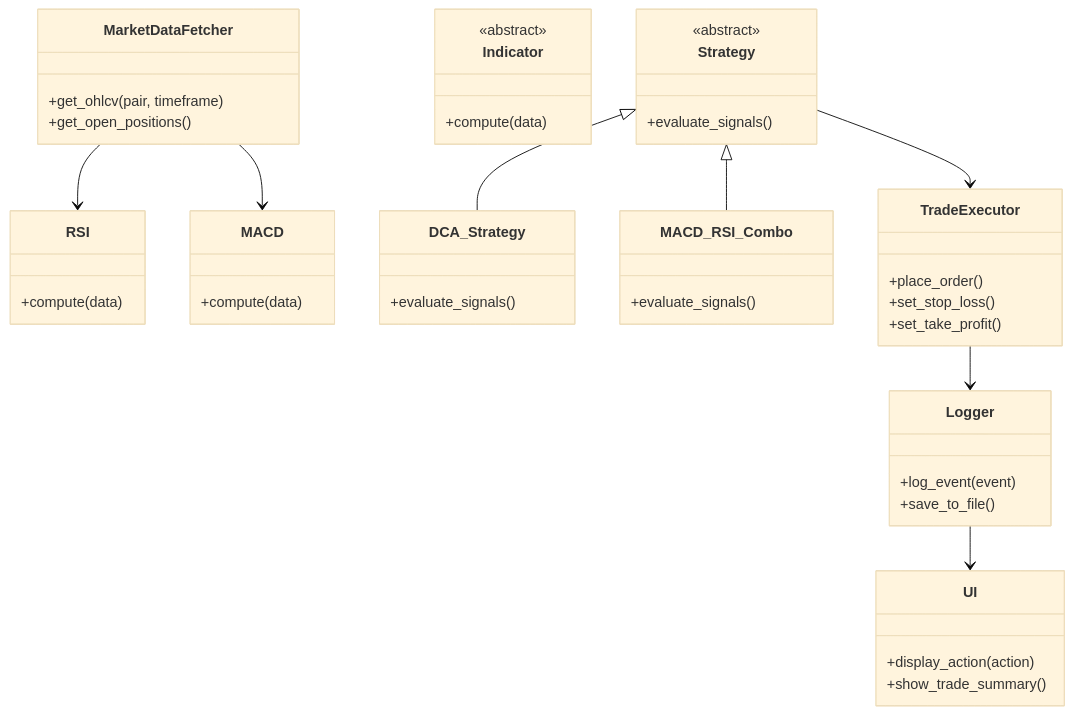
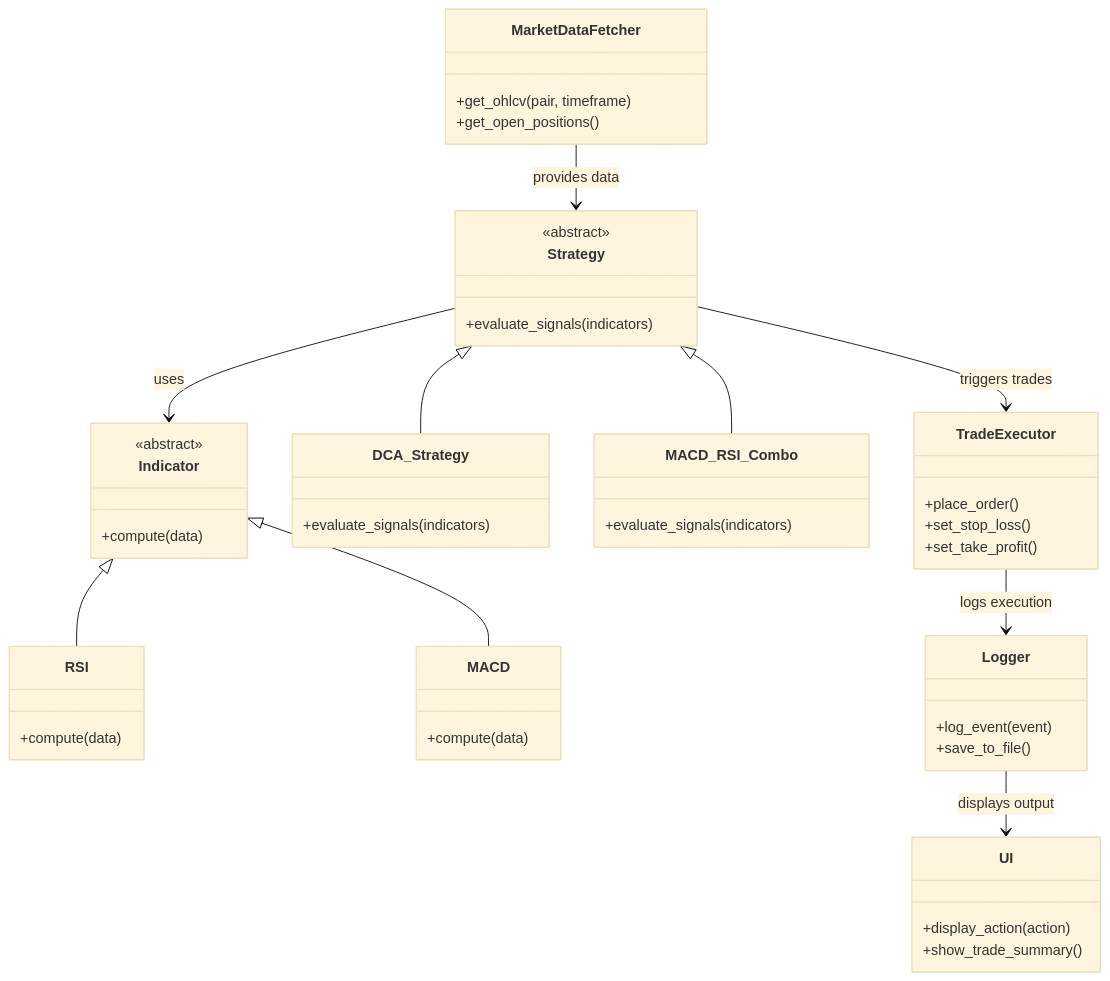
The second of 3 diagrams in README.md (Roullito/Demo_day_Trading_bot), drawn with Mermaid (base theme) before and after one commit. The commit also changed other lines of this file, not shown here.

`````diff
--- a/README.md
+++ b/README.md
@@ -80,54 +81,69 @@
 ```mermaid
 classDiagram
+
+%% === CLASSES ===
 
 class MarketDataFetcher {
     +get_ohlcv(pair, timeframe)
     +get_open_positions()
 }
 
 class Indicator {
     <<abstract>>
     +compute(data)
 }
+
 class RSI {
     +compute(data)
 }
+
 class MACD {
     +compute(data)
 }
 
 class Strategy {
     <<abstract>>
-    +evaluate_signals()
+    +evaluate_signals(indicators)
 }
+
 class DCA_Strategy {
-    +evaluate_signals()
+    +evaluate_signals(indicators)
 }
+
 class MACD_RSI_Combo {
-    +evaluate_signals()
+    +evaluate_signals(indicators)
 }
 
 class TradeExecutor {
     +place_order()
     +set_stop_loss()
     +set_take_profit()
 }
 
 class Logger {
     +log_event(event)
     +save_to_file()
 }
 
 class UI {
     +display_action(action)
     +show_trade_summary()
 }
 
-MarketDataFetcher --> RSI
-MarketDataFetcher --> MACD
+%% === HERITAGE ===
+
+Indicator <|-- RSI
+Indicator <|-- MACD
 Strategy <|-- DCA_Strategy
 Strategy <|-- MACD_RSI_Combo
-Strategy --> TradeExecutor
-TradeExecutor --> Logger
-Logger --> UI
+
+%% === RELATIONS ===
+
+MarketDataFetcher --> Strategy : provides data
+Strategy --> Indicator : uses
+Strategy --> TradeExecutor : triggers trades
+TradeExecutor --> Logger : logs execution
+Logger --> UI : displays output
+
+
 ````
`````
